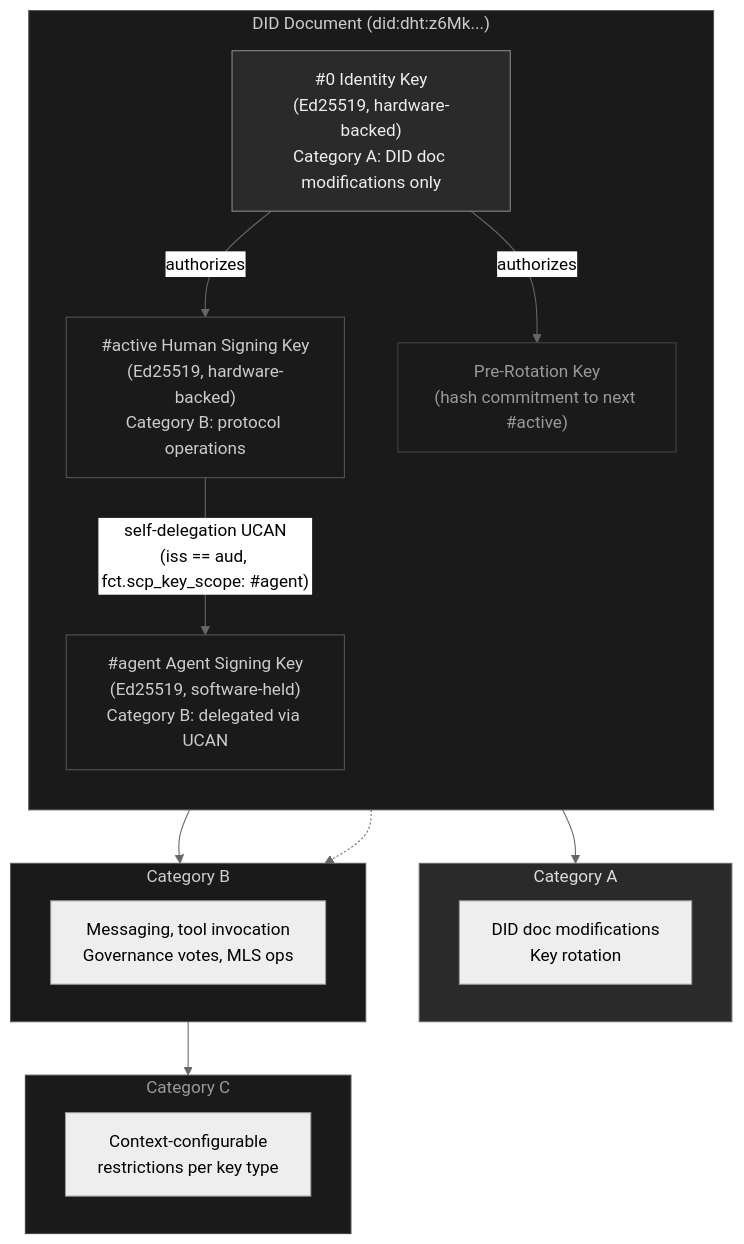
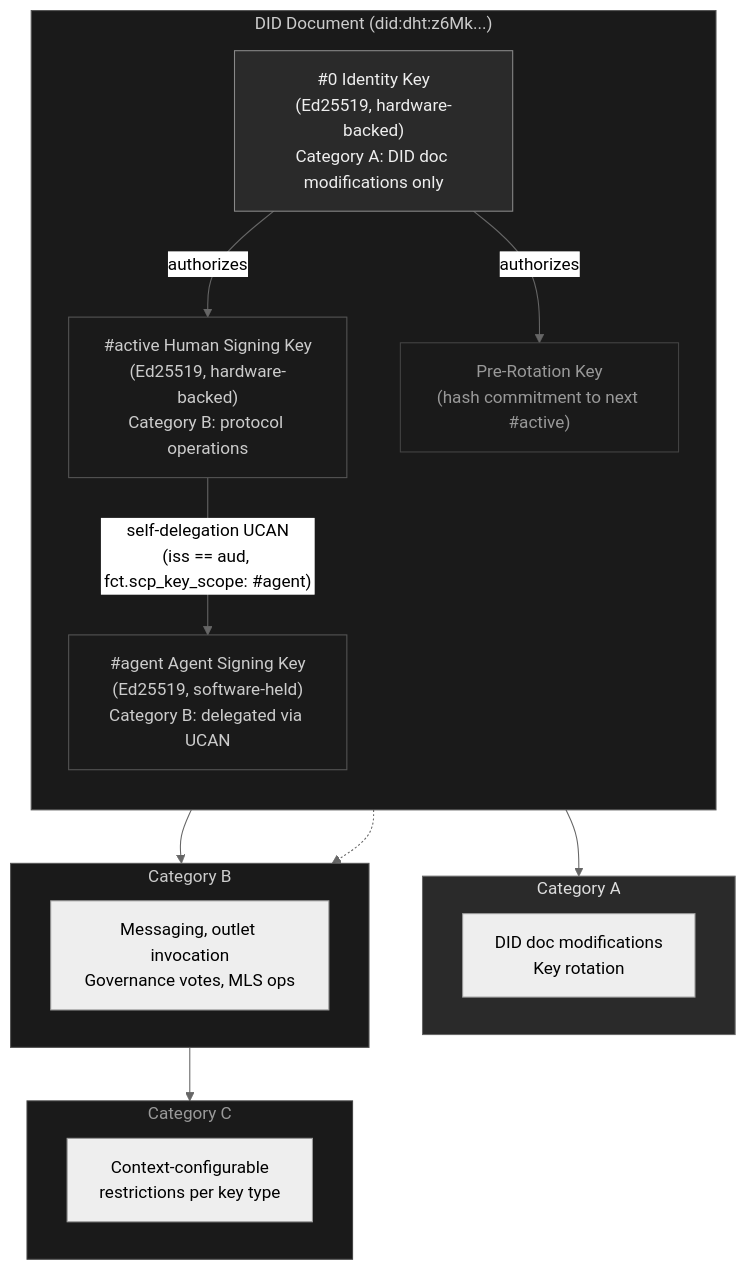
The third of 3 diagrams in .docs/white-paper.md (limn-works/scp), drawn with Mermaid (neutral theme) before and after one commit. The commit also changed other lines of this file, not shown here.

Commit message:
docs(outlet): sweep white-paper.md SCP outlet concept (keep MCP-tier/discovery-cluster)

````diff
--- a/.docs/white-paper.md
+++ b/.docs/white-paper.md
@@ -281,38 +281,38 @@
 ```mermaid
 flowchart TB
     subgraph did["DID Document (did:dht:z6Mk...)"]
         direction TB
         id["#0 Identity Key\n(Ed25519, hardware-backed)\nCategory A: DID doc modifications only"]
         active["#active Human Signing Key\n(Ed25519, hardware-backed)\nCategory B: protocol operations"]
         prerot["Pre-Rotation Key\n(hash commitment to next #active)"]
         agent["#agent Agent Signing Key\n(Ed25519, software-held)\nCategory B: delegated via UCAN"]
     end
 
     id -- "authorizes" --> active
     id -- "authorizes" --> prerot
     active -- "self-delegation UCAN\n(iss == aud, fct.scp_key_scope: #agent)" --> agent
 
     subgraph catA["Category A"]
         a_ops["DID doc modifications\nKey rotation"]
     end
     subgraph catB["Category B"]
-        b_ops["Messaging, tool invocation\nGovernance votes, MLS ops"]
+        b_ops["Messaging, outlet invocation\nGovernance votes, MLS ops"]
     end
     subgraph catC["Category C"]
         c_ops["Context-configurable\nrestrictions per key type"]
     end
 
     id --> catA
     active --> catB
     agent -.-> catB
     catB --> catC
 
     style did fill:#1a1a1a,stroke:#555,color:#ccc
     style id fill:#2a2a2a,stroke:#888,color:#eee
     style active fill:#1a1a1a,stroke:#555,color:#ccc
     style prerot fill:#1a1a1a,stroke:#444,color:#999
     style agent fill:#1a1a1a,stroke:#555,color:#ccc
     style catA fill:#2a2a2a,stroke:#666,color:#ddd
     style catB fill:#1a1a1a,stroke:#555,color:#ccc
     style catC fill:#1a1a1a,stroke:#444,color:#999
 ```
````
